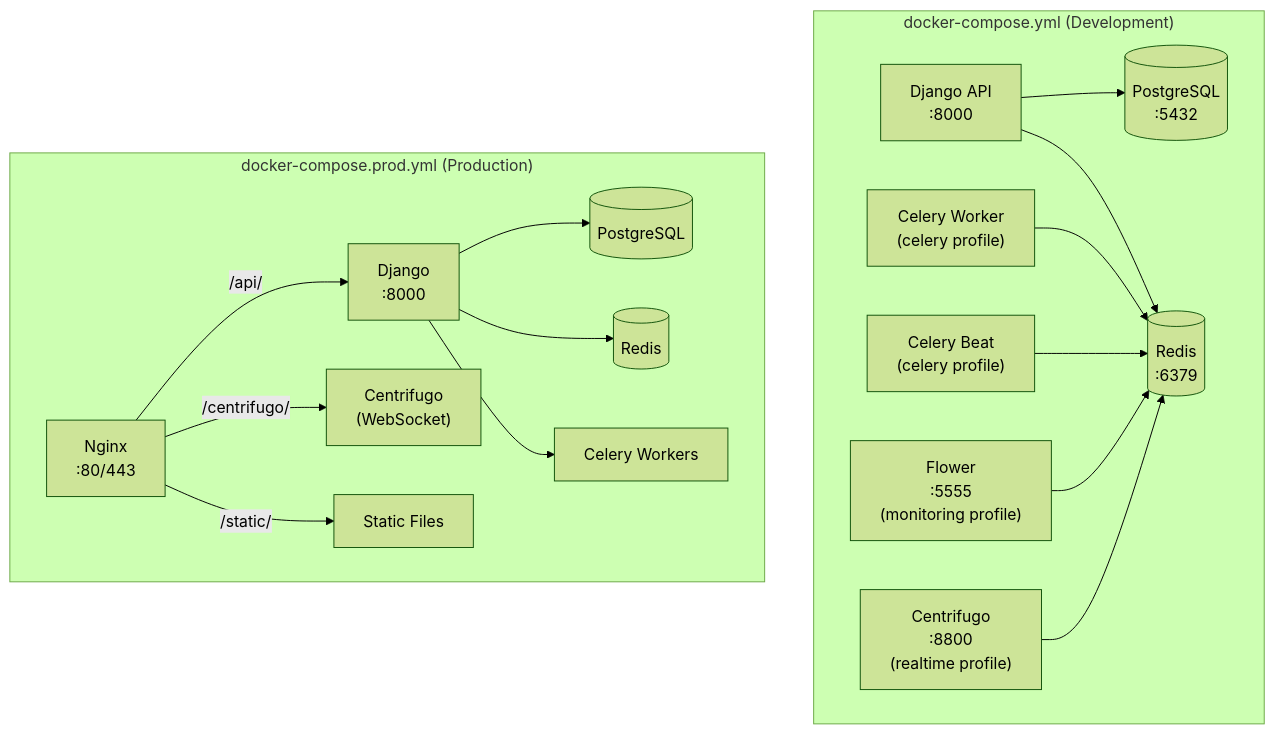
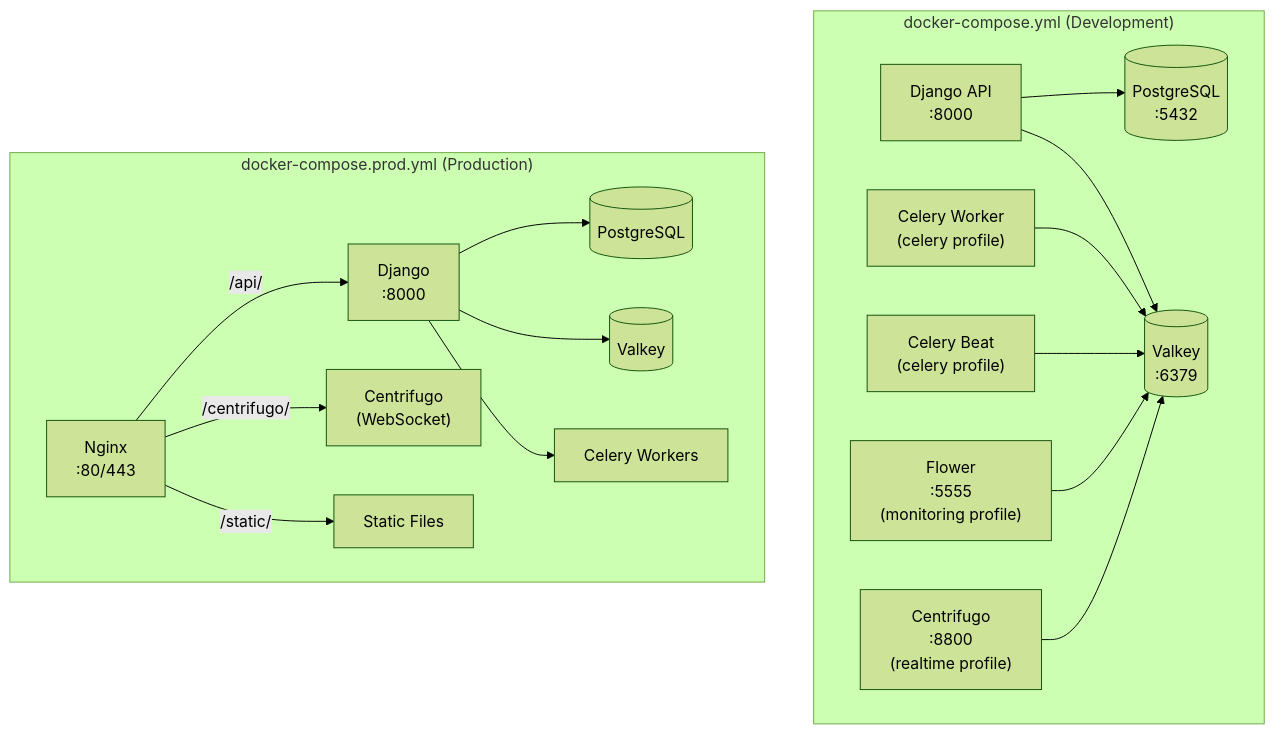
One commit to mattjaikaran/django-ninja-boilerplate changed the seventh of 13 diagrams in docs/ARCHITECTURE.md. Above: the diagram before and after it, drawn with Mermaid (forest theme). The commit also changed other lines of this file and 14 other files, not shown here.

````diff
--- a/docs/ARCHITECTURE.md
+++ b/docs/ARCHITECTURE.md
@@ -335,34 +335,34 @@
 ```mermaid
 graph TB
     subgraph Dev["docker-compose.yml (Development)"]
         DB[("PostgreSQL<br/>:5432")]
-        REDIS[("Redis<br/>:6379")]
+        REDIS[("Valkey<br/>:6379")]
         DJANGO["Django API<br/>:8000"]
         CENT["Centrifugo<br/>:8800<br/>(realtime profile)"]
         WORKER["Celery Worker<br/>(celery profile)"]
         BEAT["Celery Beat<br/>(celery profile)"]
         FLOWER["Flower<br/>:5555<br/>(monitoring profile)"]
 
         DJANGO --> DB
         DJANGO --> REDIS
         WORKER --> REDIS
         BEAT --> REDIS
         FLOWER --> REDIS
         CENT --> REDIS
     end
 
     subgraph Prod["docker-compose.prod.yml (Production)"]
         NGINX["Nginx<br/>:80/443"]
         DJPROD["Django<br/>:8000"]
         CENTPROD["Centrifugo<br/>(WebSocket)"]
         STATIC["Static Files"]
         DBPROD[("PostgreSQL")]
-        REDPROD[("Redis")]
+        REDPROD[("Valkey")]
         CELPROD["Celery Workers"]
 
         NGINX -->|"/api/"| DJPROD
         NGINX -->|"/centrifugo/"| CENTPROD
         NGINX -->|"/static/"| STATIC
         DJPROD --> DBPROD & REDPROD & CELPROD
     end
 ```
````
